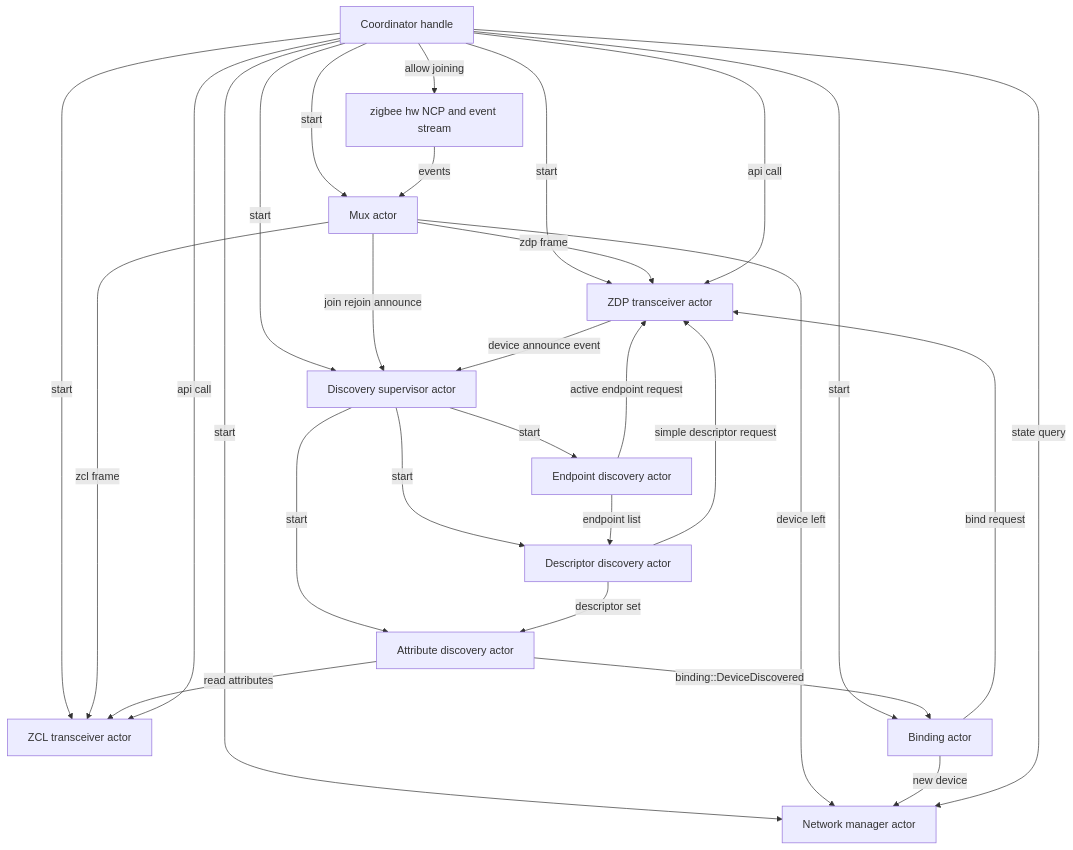
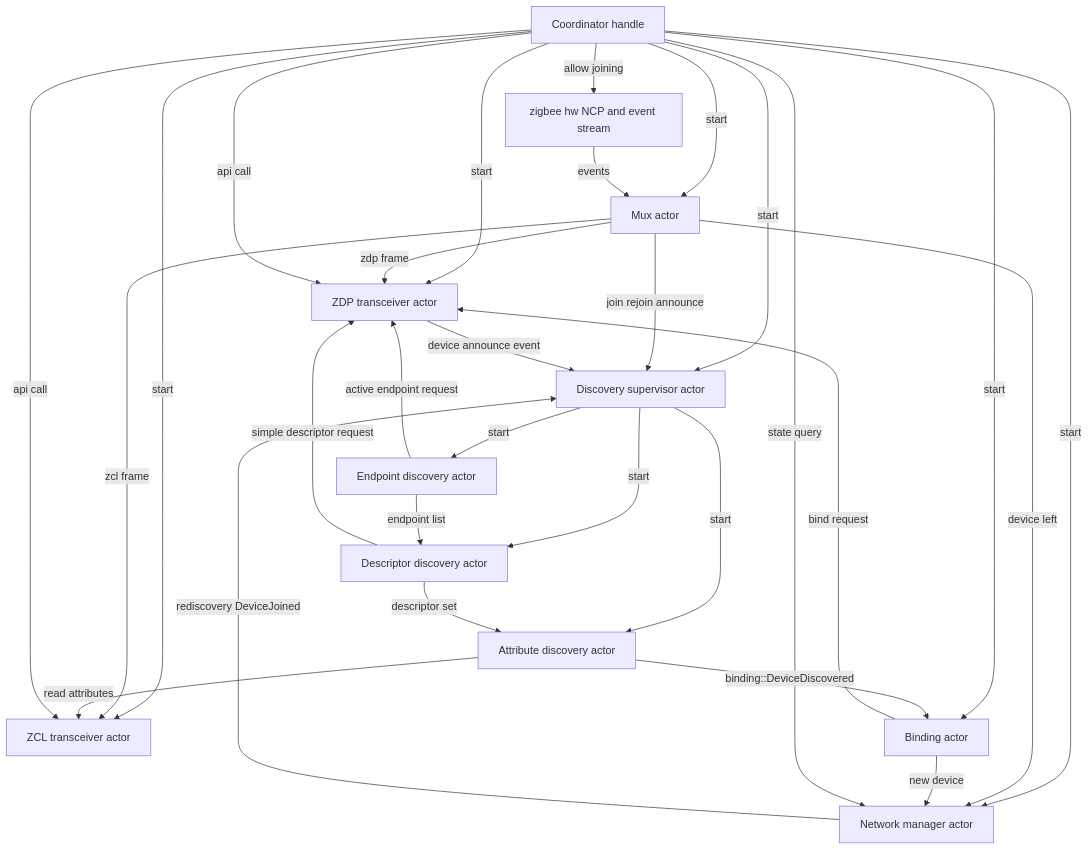
Before and after one commit to PaulmannLighting/apis-saltans: the first of 6 diagrams in zigbee-coordinator/ARCHITECTURE.md, drawn with Mermaid. The commit also changed other lines of this file, not shown here.

Commit message:
Update graph.

````diff
--- a/zigbee-coordinator/ARCHITECTURE.md
+++ b/zigbee-coordinator/ARCHITECTURE.md
@@ -20,48 +20,49 @@
 ```mermaid
 flowchart TD
     HW[zigbee hw NCP and event stream]
     C[Coordinator handle]
 
     M[Mux actor]
     ZCL[ZCL transceiver actor]
     ZDP[ZDP transceiver actor]
     D[Discovery supervisor actor]
     ED[Endpoint discovery actor]
     DD[Descriptor discovery actor]
     AD[Attribute discovery actor]
     B[Binding actor]
     NM[Network manager actor]
 
     C -->|start| M
     C -->|start| ZCL
     C -->|start| ZDP
     C -->|start| D
     C -->|start| B
     C -->|start| NM
 
     D -->|start| ED
     D -->|start| DD
     D -->|start| AD
 
     HW -->|events| M
     M -->|zcl frame| ZCL
     M -->|zdp frame| ZDP
     M -->|join rejoin announce| D
     M -->|device left| NM
 
     ED -->|active endpoint request| ZDP
     ED -->|endpoint list| DD
     DD -->|simple descriptor request| ZDP
     DD -->|descriptor set| AD
     AD -->|read attributes| ZCL
     AD -->|binding::DeviceDiscovered| B
     B -->|bind request| ZDP
     B -->|new device| NM
+    NM -->|rediscovery DeviceJoined| D
 
     ZDP -->|device announce event| D
 
     C -->|api call| ZCL
     C -->|api call| ZDP
     C -->|state query| NM
     C -->|allow joining| HW
 ```
````
